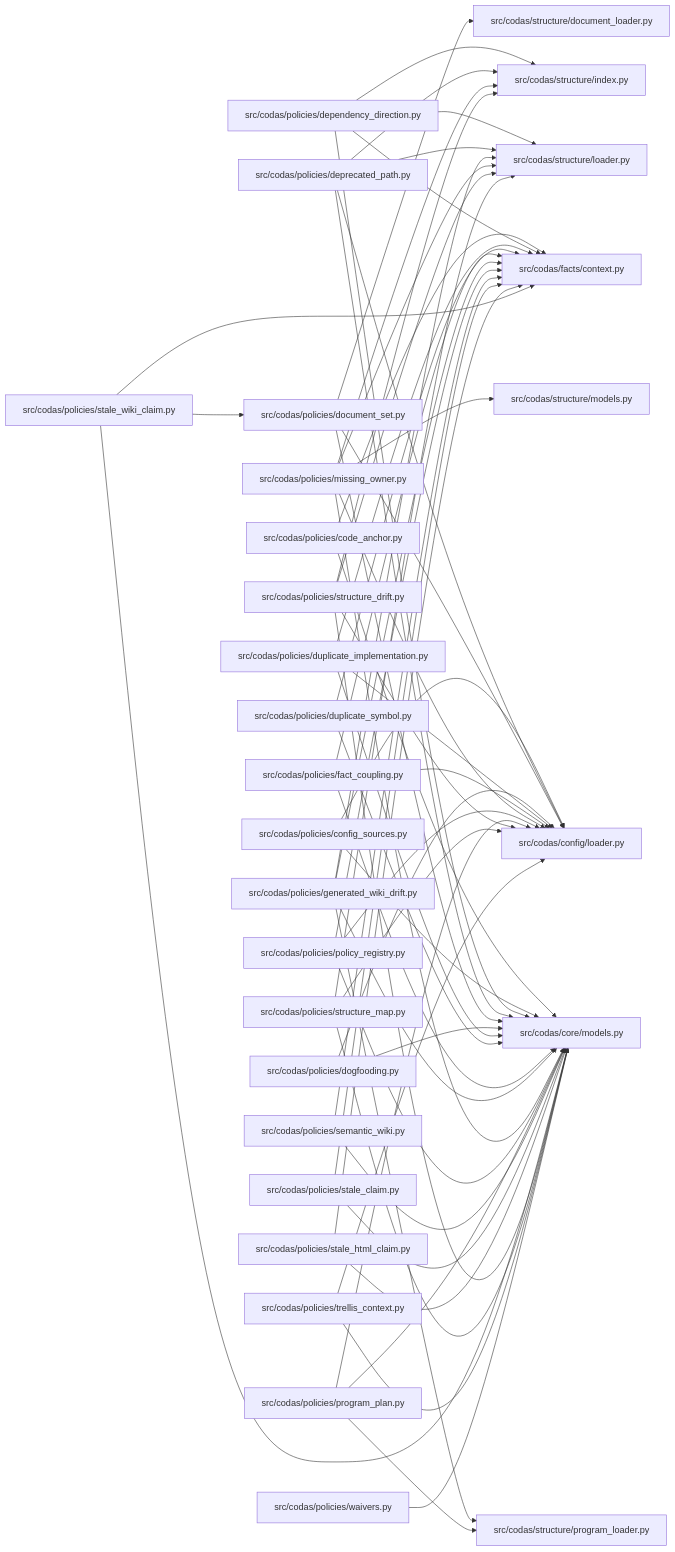
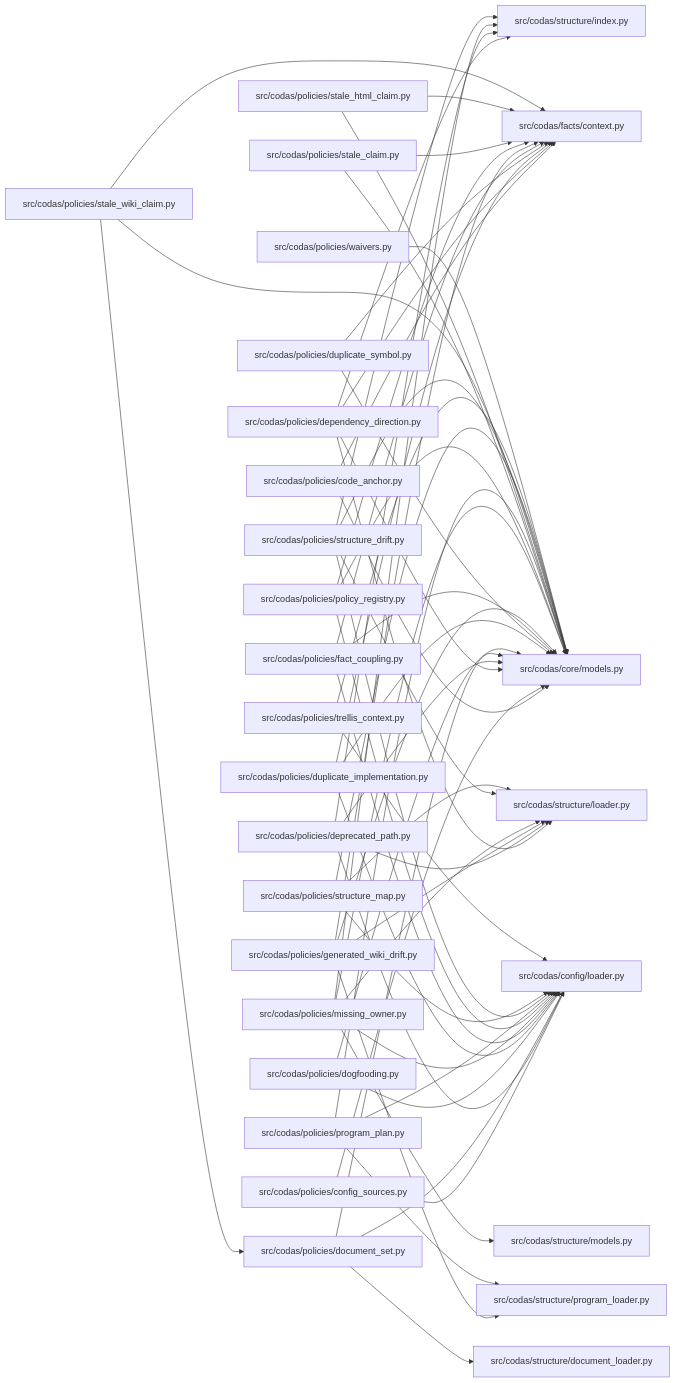
One commit to oydodo/codas changed the diagram in wiki/codas-policies.md. Above: the diagram before and after it, drawn with Mermaid. The commit also changed other lines of this file and 18 other files, not shown here.

````diff
--- a/wiki/codas-policies.md
+++ b/wiki/codas-policies.md
@@ -142,34 +138,33 @@
   n13["src/codas/policies/missing_owner.py"]
   n14["src/codas/policies/policy_registry.py"]
   n15["src/codas/policies/program_plan.py"]
-  n16["src/codas/policies/semantic_wiki.py"]
-  n17["src/codas/policies/stale_claim.py"]
-  n18["src/codas/policies/stale_html_claim.py"]
-  n19["src/codas/policies/stale_wiki_claim.py"]
-  n20["src/codas/policies/structure_drift.py"]
-  n21["src/codas/policies/structure_map.py"]
-  n22["src/codas/policies/trellis_context.py"]
-  n23["src/codas/policies/waivers.py"]
-  n24["src/codas/structure/document_loader.py"]
-  n25["src/codas/structure/index.py"]
-  n26["src/codas/structure/loader.py"]
-  n27["src/codas/structure/models.py"]
-  n28["src/codas/structure/program_loader.py"]
+  n16["src/codas/policies/stale_claim.py"]
+  n17["src/codas/policies/stale_html_claim.py"]
+  n18["src/codas/policies/stale_wiki_claim.py"]
+  n19["src/codas/policies/structure_drift.py"]
+  n20["src/codas/policies/structure_map.py"]
+  n21["src/codas/policies/trellis_context.py"]
+  n22["src/codas/policies/waivers.py"]
+  n23["src/codas/structure/document_loader.py"]
+  n24["src/codas/structure/index.py"]
+  n25["src/codas/structure/loader.py"]
+  n26["src/codas/structure/models.py"]
+  n27["src/codas/structure/program_loader.py"]
   n3 --> n1
   n3 --> n2
   n4 --> n0
   n4 --> n1
   n5 --> n1
   n5 --> n2
+  n5 --> n24
   n5 --> n25
-  n5 --> n26
   n6 --> n0
   n6 --> n1
+  n6 --> n24
   n6 --> n25
-  n6 --> n26
   n7 --> n0
   n7 --> n1
-  n7 --> n24
+  n7 --> n23
   n8 --> n0
   n8 --> n1
   n9 --> n0
@@ -182,36 +177,34 @@
   n11 --> n2
   n12 --> n1
   n12 --> n2
-  n12 --> n26
-  n12 --> n28
+  n12 --> n25
+  n12 --> n27
   n13 --> n0
   n13 --> n1
+  n13 --> n24
   n13 --> n25
   n13 --> n26
-  n13 --> n27
   n14 --> n0
   n14 --> n1
   n14 --> n2
   n15 --> n0
   n15 --> n1
-  n15 --> n28
+  n15 --> n27
   n16 --> n1
   n16 --> n2
   n17 --> n1
   n17 --> n2
   n18 --> n1
   n18 --> n2
+  n18 --> n7
+  n19 --> n0
   n19 --> n1
-  n19 --> n2
-  n19 --> n7
+  n19 --> n24
+  n19 --> n25
   n20 --> n0
   n20 --> n1
   n20 --> n25
-  n20 --> n26
   n21 --> n0
   n21 --> n1
-  n21 --> n26
-  n22 --> n0
   n22 --> n1
-  n23 --> n1
 ```
````
